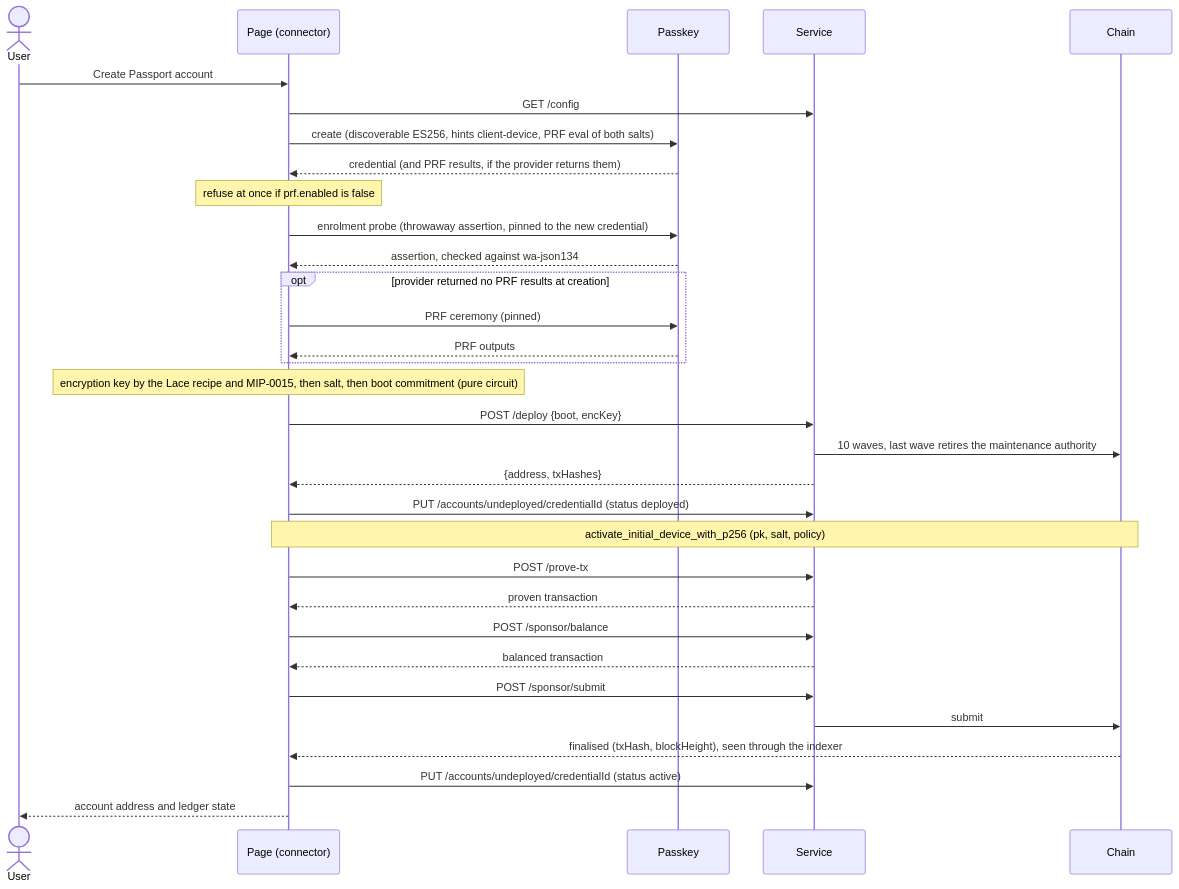
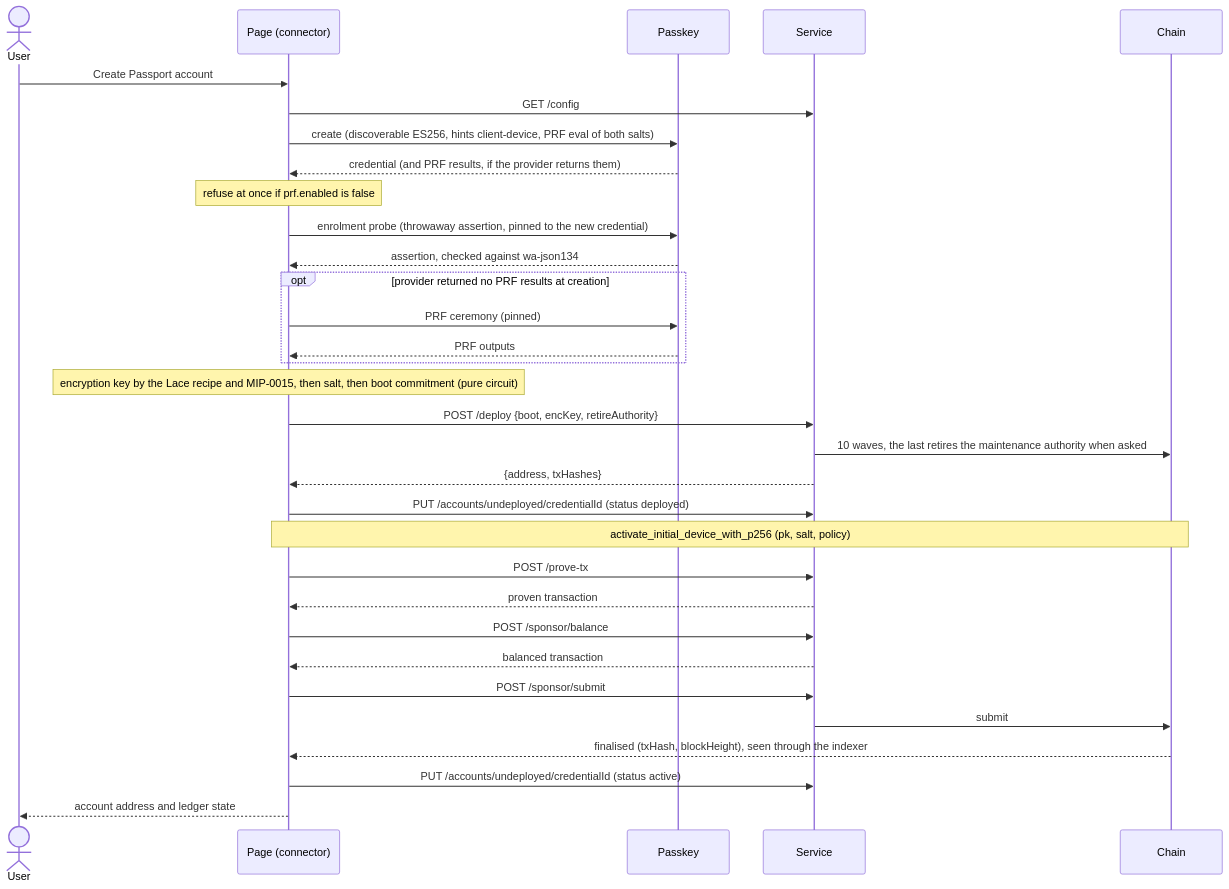
Before and after one commit to input-output-hk/midnight-passport-sdk: the first of 5 diagrams in docs/prototype/flows.md, drawn with Mermaid. The commit also changed other lines of this file and 3 other files, not shown here.

First line of the commit message:
docs(prototype): the account API, its events, retireAuthority and the enc_key check

````diff
--- a/docs/prototype/flows.md
+++ b/docs/prototype/flows.md
@@ -32,34 +33,34 @@
 ```mermaid
 sequenceDiagram
   actor U as User
   participant P as Page (connector)
   participant K as Passkey
   participant S as Service
   participant C as Chain
   U->>P: Create Passport account
   P->>S: GET /config
   P->>K: create (discoverable ES256, hints client-device, PRF eval of both salts)
   K-->>P: credential (and PRF results, if the provider returns them)
   Note over P: refuse at once if prf.enabled is false
   P->>K: enrolment probe (throwaway assertion, pinned to the new credential)
   K-->>P: assertion, checked against wa-json134
   opt provider returned no PRF results at creation
     P->>K: PRF ceremony (pinned)
     K-->>P: PRF outputs
   end
   Note over P: encryption key by the Lace recipe and MIP-0015, then salt, then boot commitment (pure circuit)
-  P->>S: POST /deploy {boot, encKey}
-  S->>C: 10 waves, last wave retires the maintenance authority
+  P->>S: POST /deploy {boot, encKey, retireAuthority}
+  S->>C: 10 waves, the last retires the maintenance authority when asked
   S-->>P: {address, txHashes}
   P->>S: PUT /accounts/undeployed/credentialId (status deployed)
   Note over P,C: activate_initial_device_with_p256 (pk, salt, policy)
   P->>S: POST /prove-tx
   S-->>P: proven transaction
   P->>S: POST /sponsor/balance
   S-->>P: balanced transaction
   P->>S: POST /sponsor/submit
   S->>C: submit
   C-->>P: finalised (txHash, blockHeight), seen through the indexer
   P->>S: PUT /accounts/undeployed/credentialId (status active)
   P-->>U: account address and ledger state
 ```
````
